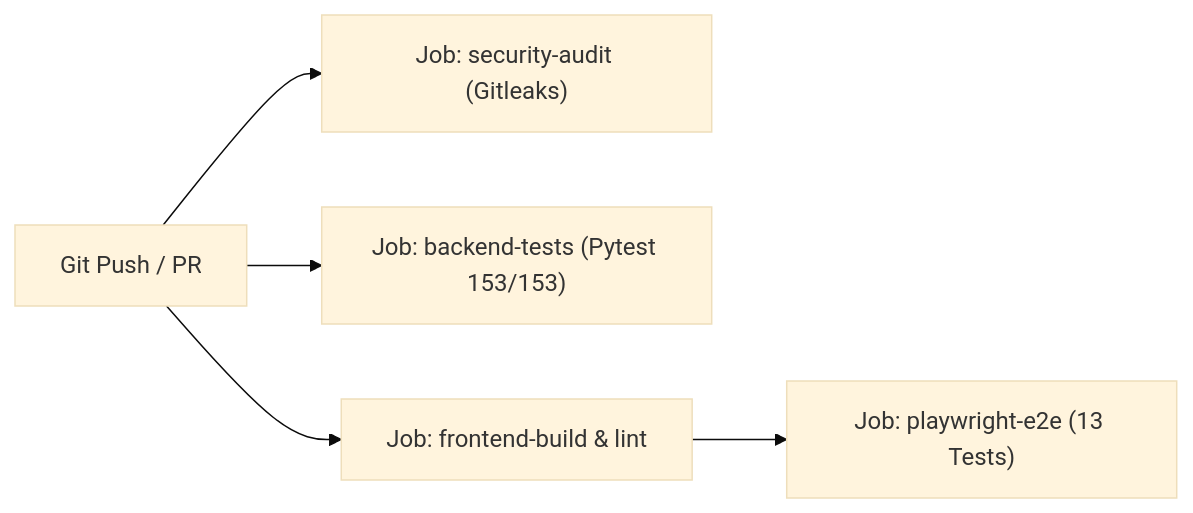
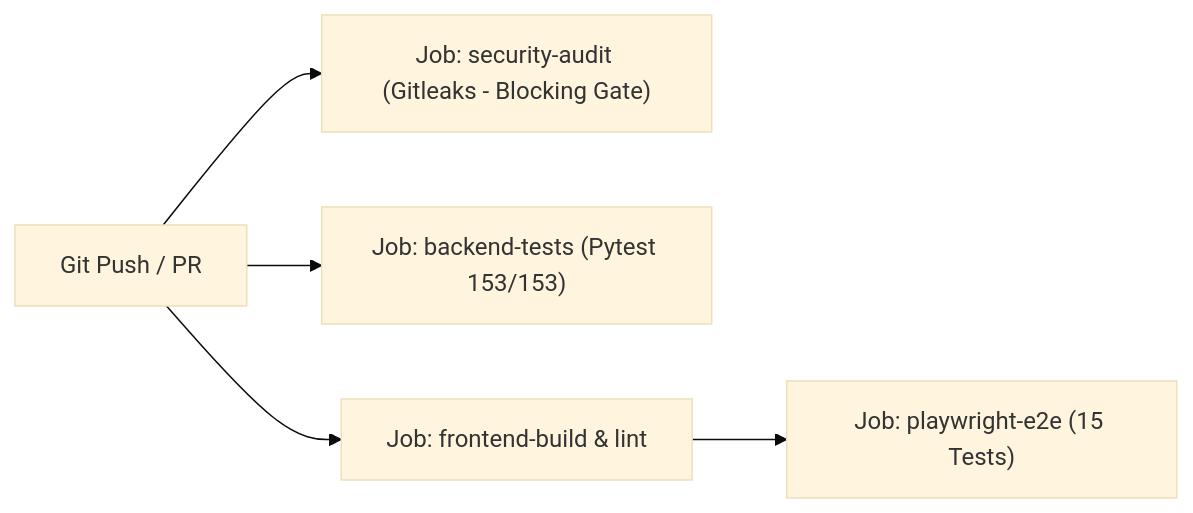
One commit to tripzydevops/stock-report changed the diagram in docs/SECURITY_AND_AUTHORIZATION_ARCHITECTURE.md. Above: the diagram before and after it, drawn with Mermaid (base theme). The commit also changed other lines of this file and 9 other files, not shown here.

````diff
--- a/docs/SECURITY_AND_AUTHORIZATION_ARCHITECTURE.md
+++ b/docs/SECURITY_AND_AUTHORIZATION_ARCHITECTURE.md
@@ -115,7 +116,7 @@
 ```mermaid
 flowchart LR
-    Commit["Git Push / PR"] --> SecurityAudit["Job: security-audit (Gitleaks)"]
+    Commit["Git Push / PR"] --> SecurityAudit["Job: security-audit (Gitleaks - Blocking Gate)"]
     Commit --> BackendTests["Job: backend-tests (Pytest 153/153)"]
     Commit --> FrontendLint["Job: frontend-build & lint"]
-    FrontendLint --> PlaywrightE2E["Job: playwright-e2e (13 Tests)"]
+    FrontendLint --> PlaywrightE2E["Job: playwright-e2e (15 Tests)"]
 ```
````
